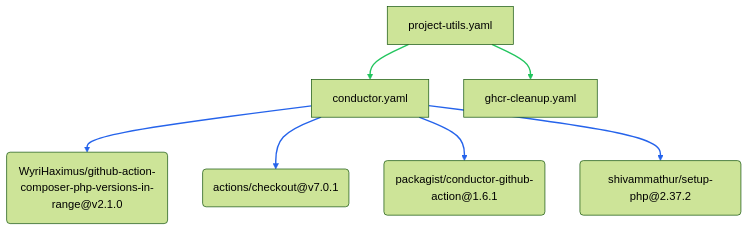
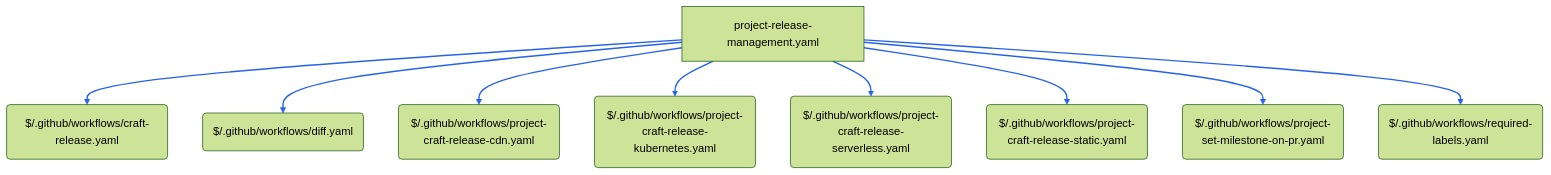
The fifth of 6 diagrams in README.md (WyriHaximus/github-workflows), drawn with Mermaid (forest theme) before and after one commit. The commit also changed other lines of this file and 3 other files, not shown here.

````diff
--- a/README.md
+++ b/README.md
@@ -857,18 +541,13 @@
 ```mermaid
 flowchart TB
-  project_utils_conductor["conductor.yaml"] --> project_utils_a0("WyriHaximus/github-action-composer-php-versions-in-range@v2.1.0")
-  project_utils_conductor["conductor.yaml"] --> project_utils_a1("actions/checkout@v7.0.1")
-  project_utils_conductor["conductor.yaml"] --> project_utils_a2("packagist/conductor-github-action@1.6.1")
-  project_utils_conductor["conductor.yaml"] --> project_utils_a3("shivammathur/setup-php@2.37.2")
-  project_utils_project_utils["project-utils.yaml"] --> project_utils_conductor["conductor.yaml"]
-  project_utils_project_utils["project-utils.yaml"] --> project_utils_ghcr_cleanup["ghcr-cleanup.yaml"]
-  linkStyle 4,5 stroke:#22c55e,stroke-width:2px
-  linkStyle 0,1,2,3 stroke:#2563eb,stroke-width:2px
-  click project_utils_a0 "https://github.com/WyriHaximus/github-action-composer-php-versions-in-range/releases/tag/v2.1.0" _blank
-  click project_utils_a1 "https://github.com/actions/checkout/releases/tag/v7.0.1" _blank
-  click project_utils_a2 "https://github.com/packagist/conductor-github-action/releases/tag/1.6.1" _blank
-  click project_utils_a3 "https://github.com/shivammathur/setup-php/releases/tag/2.37.2" _blank
-  click project_utils_conductor "https://github.com/WyriHaximus/github-workflows/blob/main/.github/workflows/conductor.yaml" _blank
-  click project_utils_ghcr_cleanup "https://github.com/WyriHaximus/github-workflows/blob/main/.github/workflows/ghcr-cleanup.yaml" _blank
-  click project_utils_project_utils "https://github.com/WyriHaximus/github-workflows/blob/main/.github/workflows/project-utils.yaml" _blank
+  project_release_management_project_release_management["project-release-management.yaml"] --> project_release_management_a0("$/.github/workflows/craft-release.yaml")
+  project_release_management_project_release_management["project-release-management.yaml"] --> project_release_management_a1("$/.github/workflows/diff.yaml")
+  project_release_management_project_release_management["project-release-management.yaml"] --> project_release_management_a2("$/.github/workflows/project-craft-release-cdn.yaml")
+  project_release_management_project_release_management["project-release-management.yaml"] --> project_release_management_a3("$/.github/workflows/project-craft-release-kubernetes.yaml")
+  project_release_management_project_release_management["project-release-management.yaml"] --> project_release_management_a4("$/.github/workflows/project-craft-release-serverless.yaml")
+  project_release_management_project_release_management["project-release-management.yaml"] --> project_release_management_a5("$/.github/workflows/project-craft-release-static.yaml")
+  project_release_management_project_release_management["project-release-management.yaml"] --> project_release_management_a6("$/.github/workflows/project-set-milestone-on-pr.yaml")
+  project_release_management_project_release_management["project-release-management.yaml"] --> project_release_management_a7("$/.github/workflows/required-labels.yaml")
+  linkStyle 0,1,2,3,4,5,6,7 stroke:#2563eb,stroke-width:2px
+  click project_release_management_project_release_management "https://github.com/WyriHaximus/github-workflows/blob/main/.github/workflows/project-release-management.yaml" _blank
 ```
````
